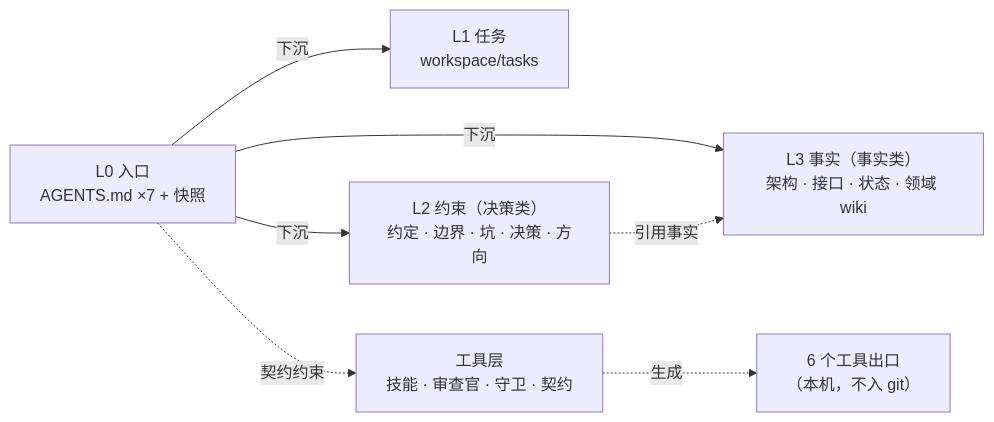
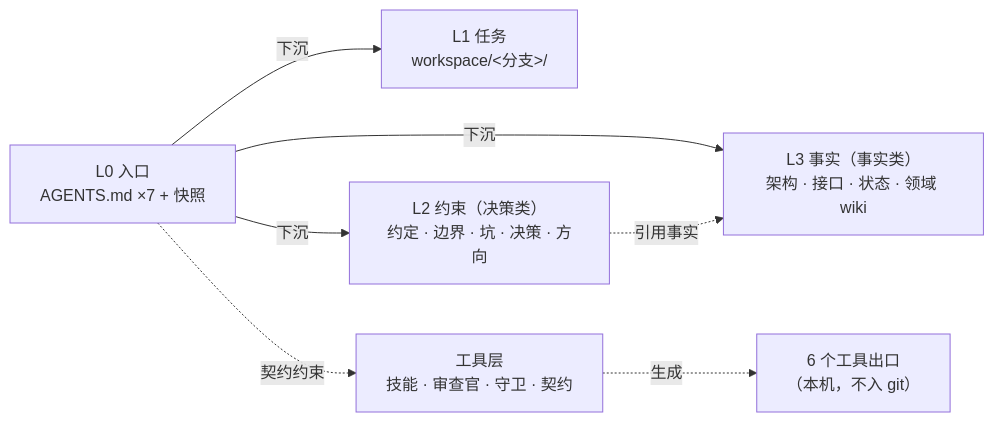
The second of 9 diagrams in .agents/rules/assets/ai-context-engineering.md (adaios/adaios), drawn with Mermaid before and after one commit. The commit also changed other lines of this file and 78 other files, not shown here.

````diff
--- a/.agents/rules/assets/ai-context-engineering.md
+++ b/.agents/rules/assets/ai-context-engineering.md
@@ -147,15 +147,15 @@
 ```mermaid
 flowchart LR
     L0["L0 入口<br/>AGENTS.md ×7 + 快照"]
-    L1["L1 任务<br/>workspace/tasks"]
+    L1["L1 任务<br/>workspace/&lt;分支&gt;/"]
     L2["L2 约束（决策类）<br/>约定 · 边界 · 坑 · 决策 · 方向"]
     L3["L3 事实（事实类）<br/>架构 · 接口 · 状态 · 领域 wiki"]
     TL["工具层<br/>技能 · 审查官 · 守卫 · 契约"]
     EX["6 个工具出口<br/>（本机，不入 git）"]
     L0 -->|下沉| L1
     L0 -->|下沉| L2
     L0 -->|下沉| L3
     L0 -.->|契约约束| TL
     L2 -.->|引用事实| L3
     TL -.->|生成| EX
 ```
````
